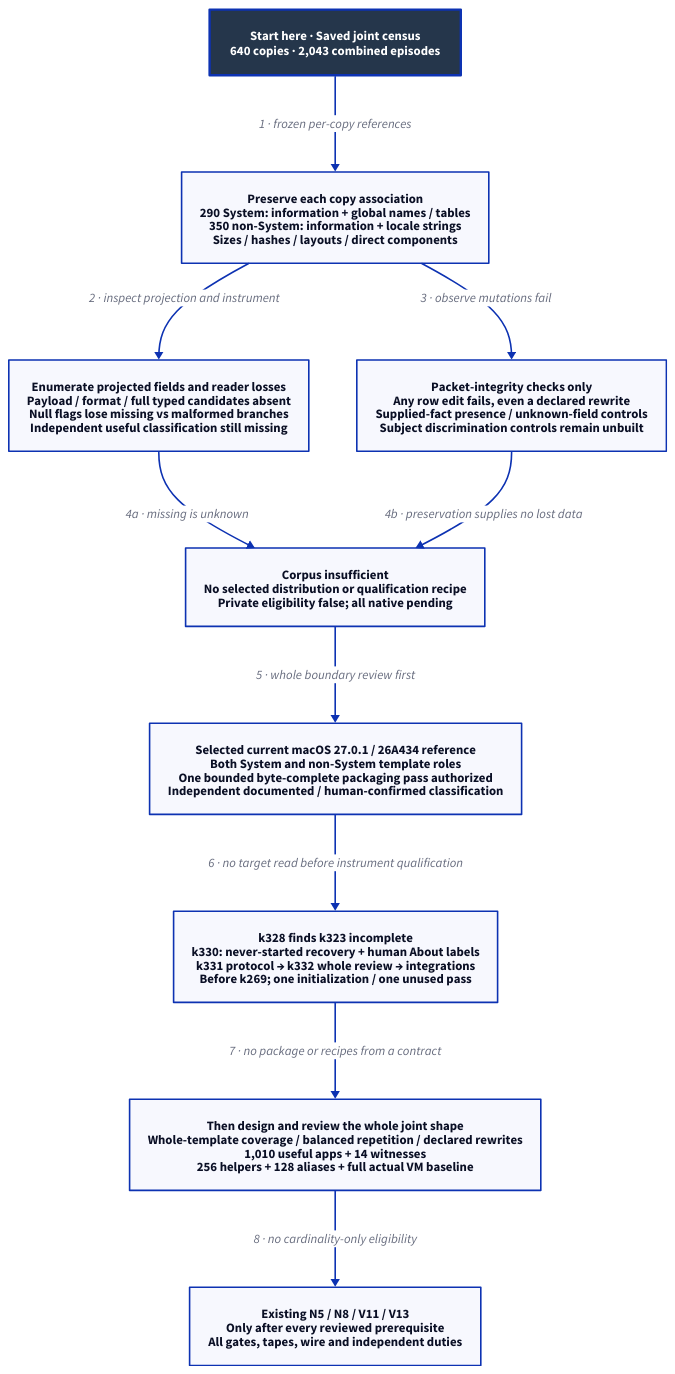
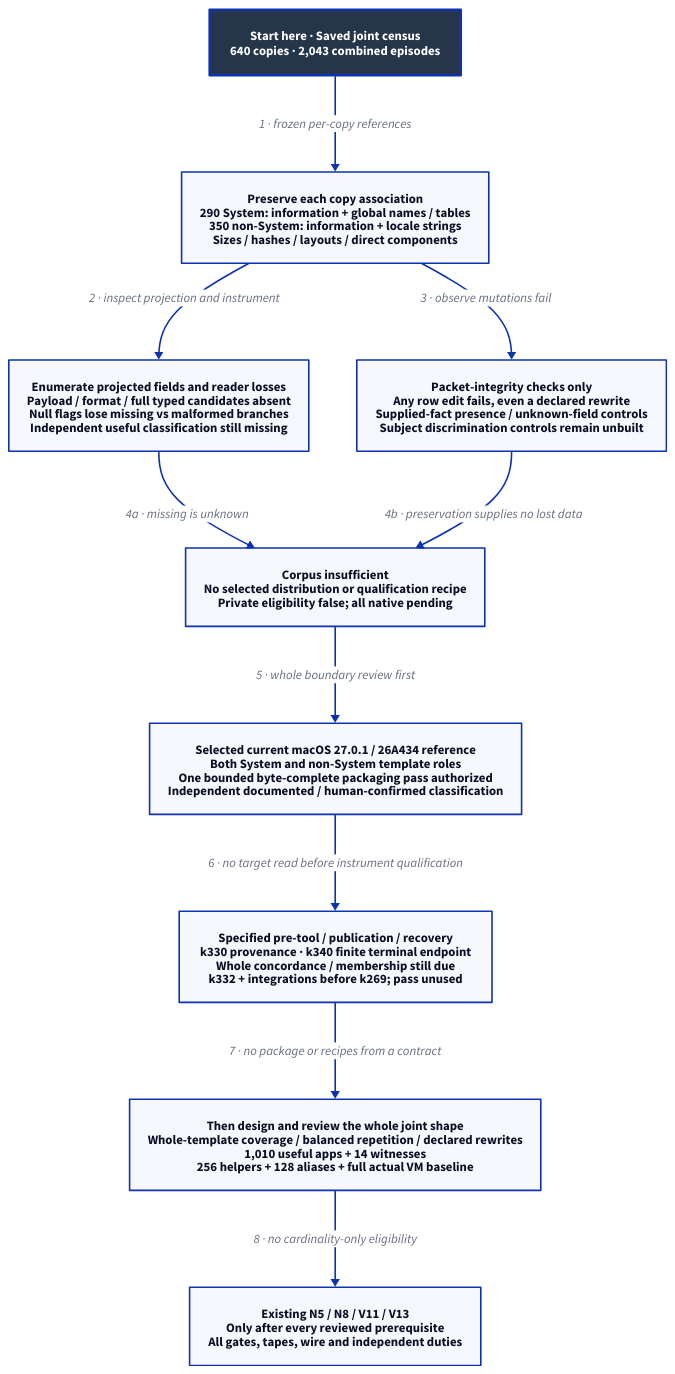
One commit to Linkuistics/Koine changed the diagram in docs/design/architecture/native-population-metadata-shape.d2. Above: the diagram before and after it, drawn with D2. The commit also changed 34 other files, not shown here.

```diff
--- a/docs/design/architecture/native-population-metadata-shape.d2
+++ b/docs/design/architecture/native-population-metadata-shape.d2
@@ -1,23 +1,23 @@
-# Reviewed k323 proposal; k330/k331/k332 replacement and integrations precede k269.
+# Specified k331 mechanisms; whole concordance/membership and k332 review precede use.
 direction: down
 classes: {
   start: {style: {fill: "#25364B"; font-color: "#FFFFFF"; bold: true; stroke-width: 3}}
 }
 Start: "Start here · Saved joint census\n640 copies · 2,043 combined episodes" {class: start}
 Known: "Preserve each copy association\n290 System: information + global names / tables\n350 non-System: information + locale strings\nSizes / hashes / layouts / direct components"
 Missing: "Enumerate projected fields and reader losses\nPayload / format / full typed candidates absent\nNull flags lose missing vs malformed branches\nIndependent useful classification still missing"
 Control: "Packet-integrity checks only\nAny row edit fails, even a declared rewrite\nSupplied-fact presence / unknown-field controls\nSubject discrimination controls remain unbuilt"
 Boundary: "Corpus insufficient\nNo selected distribution or qualification recipe\nPrivate eligibility false; all native pending"
 Decision: "Selected current macOS 27.0.1 / 26A434 reference\nBoth System and non-System template roles\nOne bounded byte-complete packaging pass authorized\nIndependent documented / human-confirmed classification"
-Contract: "k328 finds k323 incomplete\nk330: never-started recovery + human About labels\nk331 protocol → k332 whole review → integrations\nBefore k269; one initialization / one unused pass"
+Contract: "Specified pre-tool / publication / recovery\nk330 provenance · k340 finite terminal endpoint\nWhole concordance / membership still due\nk332 + integrations before k269; pass unused"
 Design: "Then design and review the whole joint shape\nWhole-template coverage / balanced repetition / declared rewrites\n1,010 useful apps + 14 witnesses\n256 helpers + 128 aliases + full actual VM baseline"
 Native: "Existing N5 / N8 / V11 / V13\nOnly after every reviewed prerequisite\nAll gates, tapes, wire and independent duties"
 Start -> Known: "1 · frozen per-copy references"
 Known -> Missing: "2 · inspect projection and instrument"
 Known -> Control: "3 · observe mutations fail"
 Missing -> Boundary: "4a · missing is unknown"
 Control -> Boundary: "4b · preservation supplies no lost data"
 Boundary -> Decision: "5 · whole boundary review first"
 Decision -> Contract: "6 · no target read before instrument qualification"
 Contract -> Design: "7 · no package or recipes from a contract"
 Design -> Native: "8 · no cardinality-only eligibility"
```
